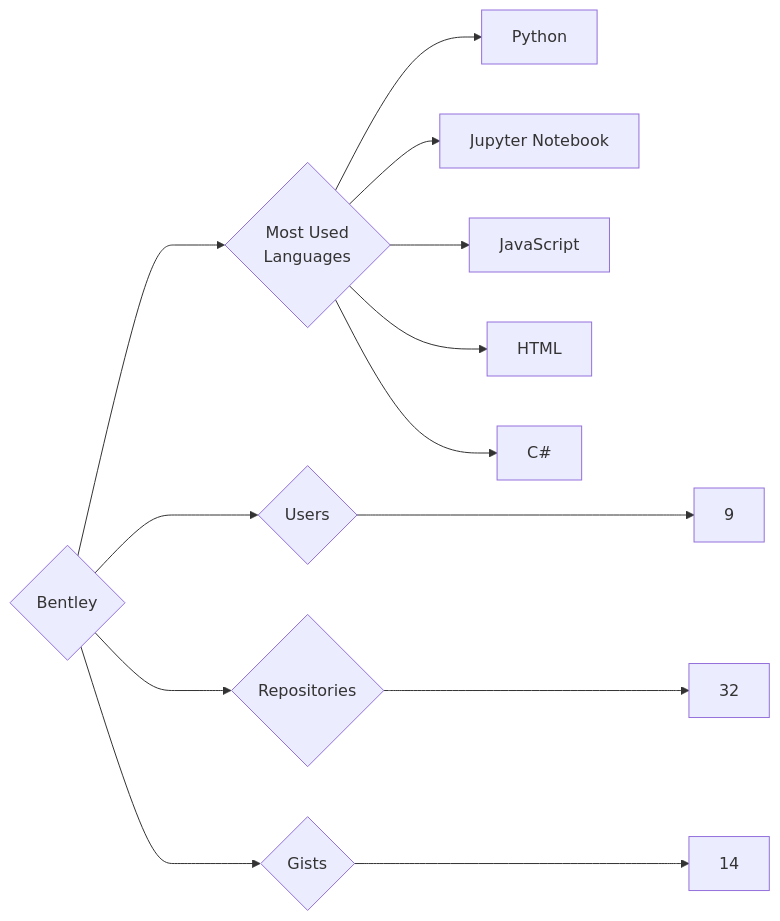
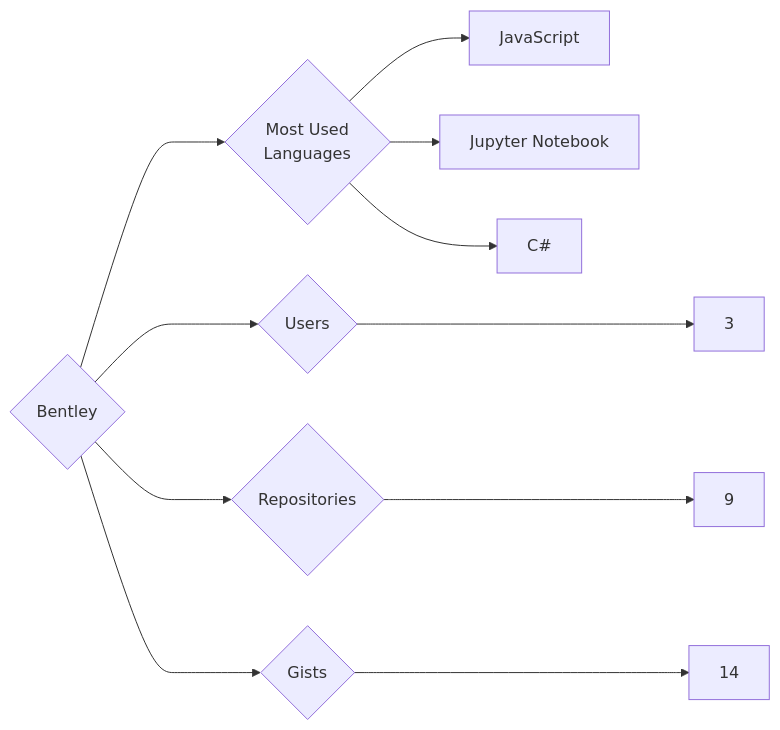
One commit to trickest/insiders changed the diagram in targets/Bentley/README.md. Above: the diagram before and after it, drawn with Mermaid. The commit also changed 1314 other files, not shown here.

````diff
--- a/targets/Bentley/README.md
+++ b/targets/Bentley/README.md
@@ -3,13 +3,11 @@
 ```mermaid
 graph LR
 COMPANY_NAME{Bentley}
-COMPANY_NAME ---> U{Users} ---> UN[9]
-COMPANY_NAME ---> R{Repositories} ---> RN[32]
+COMPANY_NAME ---> U{Users} ---> UN[3]
+COMPANY_NAME ---> R{Repositories} ---> RN[9]
 COMPANY_NAME ---> G{Gists} ---> GN[14]
 COMPANY_NAME ---> ML{Most Used<br>Languages}
-ML --> Python[Python]
+ML --> JavaScript[JavaScript]
 ML --> Jupyter_Notebook[Jupyter Notebook]
-ML --> JavaScript[JavaScript]
-ML --> HTML[HTML]
 ML --> C#[C#]
 ```
````
